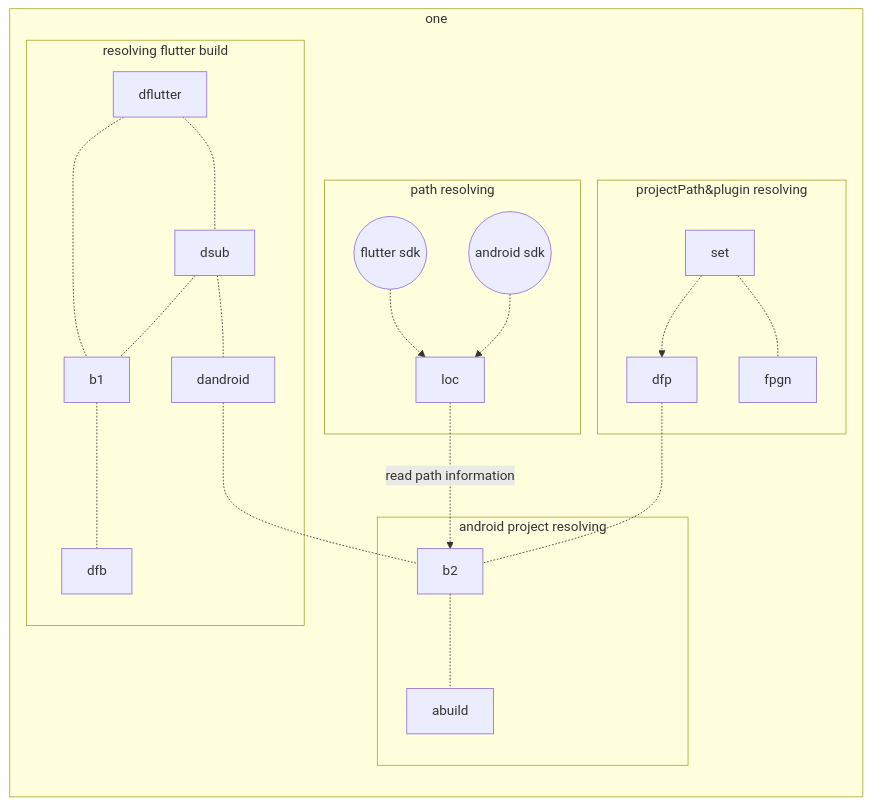
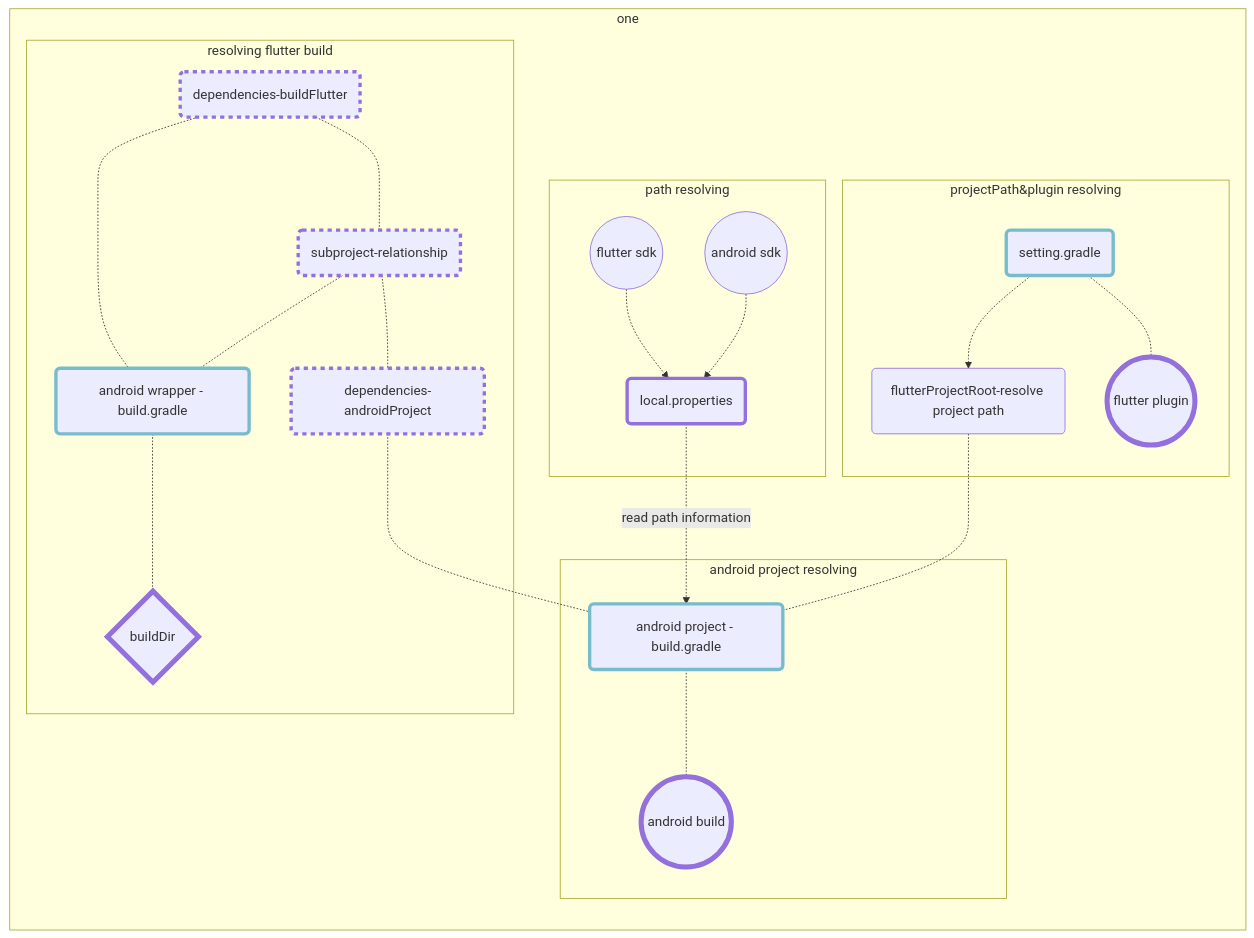
Before and after one commit to gordianknotC/nxp_note: the diagram in flutter note/Sliver_tabbar.md, drawn with Mermaid. The commit also changed other lines of this file, not shown here.

Commit message:
flutter note/Sliver_tabbar.md updated from https://stackedit.io/

````diff
--- a/flutter note/Sliver_tabbar.md
+++ b/flutter note/Sliver_tabbar.md
@@ -10,34 +10,59 @@
 ```mermaid
 graph LR
 	fdk((flutter sdk))
 	adk((android sdk))
 	
-	 
+	dfb{buildDir}
+	abuild((android build))
+	fpgn((flutter plugin))
+	style abuild stroke-width:6px   
+	style fpgn stroke-width:6px 
+	style dfb stroke-width:6px 
+	
+	loc(local.properties)
+	style loc stroke-width:4px   
+	
+	set(setting.gradle)
+	b1(android wrapper - build.gradle)
+	b2(android project - build.gradle)
+	style b1 stroke-width:4px, stroke:#7bc
+	style b2 stroke-width:4px, stroke:#7bc
+	style set stroke-width:4px, stroke:#7bc
+
+	dfp(flutterProjectRoot-resolve project path)
+	
+	
+	dandroid(dependencies-androidProject)
+	dflutter(dependencies-buildFlutter)
+	dsub(subproject-relationship)
+	style dandroid stroke-width:4px, stroke-dasharray: 5
+	style dflutter stroke-width:4px, stroke-dasharray: 5
+	style dsub stroke-width:4px, stroke-dasharray: 5
 	
 	
 subgraph one
 	subgraph path resolving
 		fdk -.-> loc
 		adk -.-> loc
 	end
 
 	loc -.read path information .-> b2
 	subgraph android project resolving
 		b2 -.- abuild
 	end
 	dfp -.- b2
 	subgraph projectPath&plugin resolving
 		set-.->dfp
 		set -.- fpgn
 	end
 	dandroid -.- b2
 	subgraph resolving flutter build
 		b1 -.- dfb
 		
 		dflutter -.- b1
 		dsub -.- b1
 		dflutter -.- dsub
 		dsub-.- dandroid
 	end
 end
 ```
````
